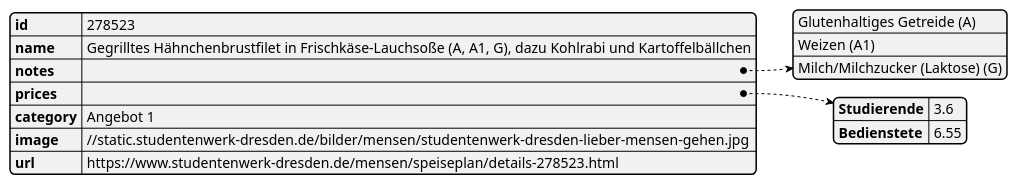
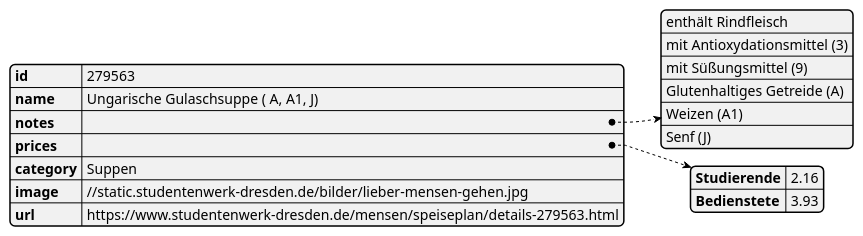
The diagram in openmensadresden.pu (RobinNunkesser/plantuml), drawn with PlantUML before and after one commit.

Commit message:
Refactoring

```diff
--- a/openmensadresden.pu
+++ b/openmensadresden.pu
@@ -1,3 +1,3 @@
 @startjson
-{"id":278523,"name":"Gegrilltes H\u00e4hnchenbrustfilet in Frischk\u00e4se-Lauchso\u00dfe (A, A1, G), dazu Kohlrabi und Kartoffelb\u00e4llchen","notes":["Glutenhaltiges Getreide (A)","Weizen (A1)","Milch\/Milchzucker (Laktose) (G)"],"prices":{"Studierende":3.6,"Bedienstete":6.55},"category":"Angebot 1","image":"\/\/static.studentenwerk-dresden.de\/bilder\/mensen\/studentenwerk-dresden-lieber-mensen-gehen.jpg","url":"https:\/\/www.studentenwerk-dresden.de\/mensen\/speiseplan\/details-278523.html"}
+{"id":279563,"name":"Ungarische Gulaschsuppe ( A, A1, J)","notes":["enth\u00e4lt Rindfleisch","mit Antioxydationsmittel (3)","mit S\u00fc\u00dfungsmittel (9)","Glutenhaltiges Getreide (A)","Weizen (A1)","Senf (J)"],"prices":{"Studierende":2.16,"Bedienstete":3.93},"category":"Suppen","image":"\/\/static.studentenwerk-dresden.de\/bilder\/lieber-mensen-gehen.jpg","url":"https:\/\/www.studentenwerk-dresden.de\/mensen\/speiseplan\/details-279563.html"}
 @endjson
```
